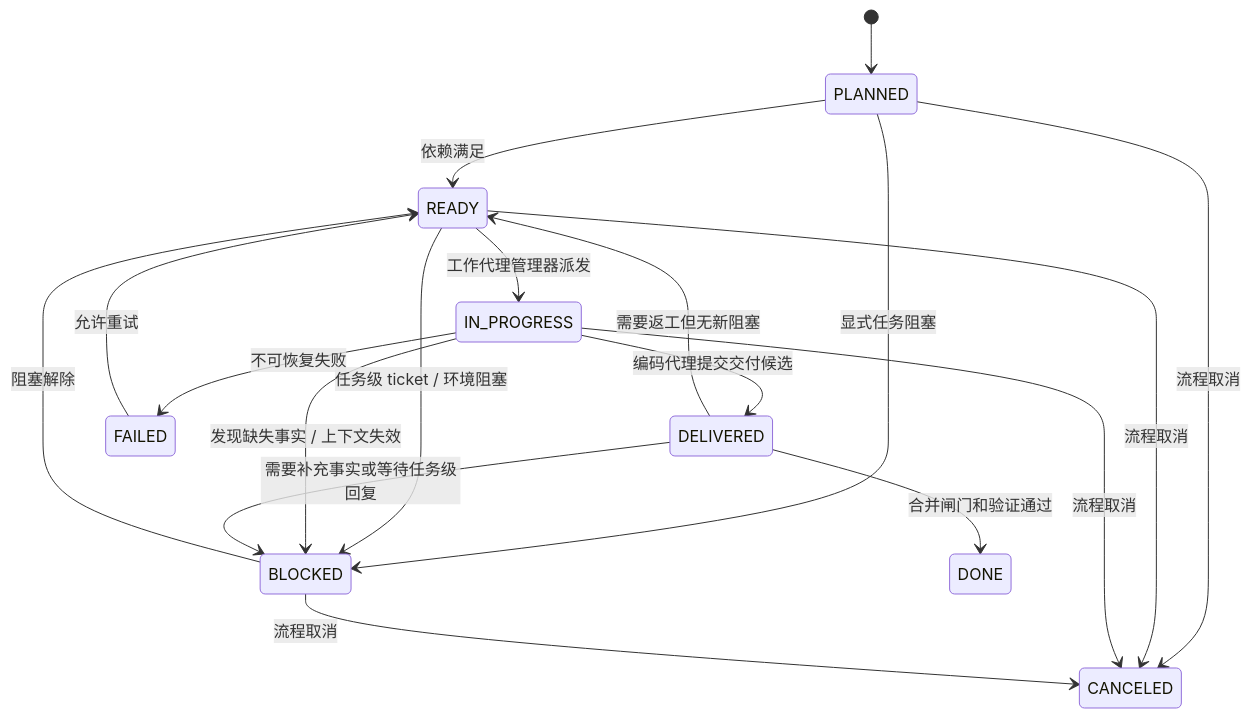
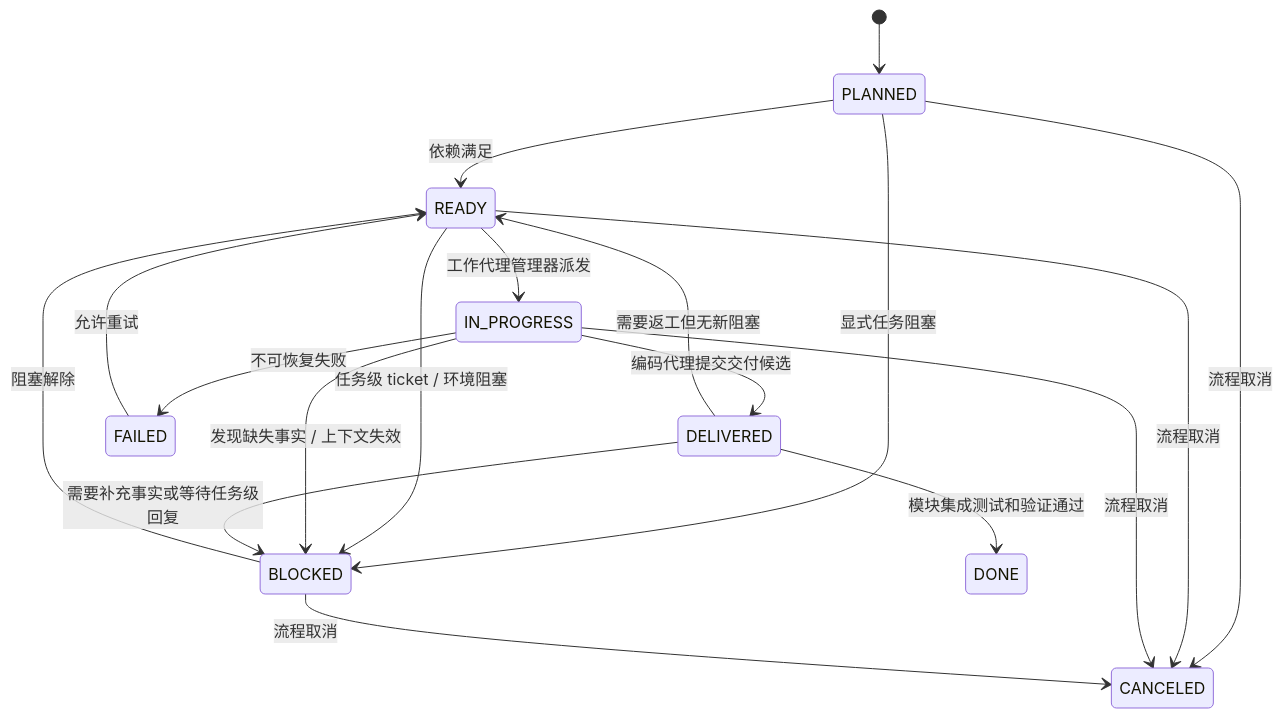
One commit to xilufeisaigao/AgentX changed the second of 2 diagrams in docs/architecture/04-state-machine-layers.md. Above: the diagram before and after it, drawn with Mermaid. The commit also changed other lines of this file and 44 other files, not shown here.

````diff
--- a/docs/architecture/04-state-machine-layers.md
+++ b/docs/architecture/04-state-machine-layers.md
@@ -103,26 +104,26 @@
 ```mermaid
 stateDiagram-v2
   [*] --> PLANNED
 
   PLANNED --> READY: 依赖满足
   PLANNED --> BLOCKED: 显式任务阻塞
   PLANNED --> CANCELED: 流程取消
 
   READY --> IN_PROGRESS: 工作代理管理器派发
   READY --> BLOCKED: 任务级 ticket / 环境阻塞
   READY --> CANCELED: 流程取消
 
   IN_PROGRESS --> DELIVERED: 编码代理提交交付候选
   IN_PROGRESS --> BLOCKED: 发现缺失事实 / 上下文失效
   IN_PROGRESS --> FAILED: 不可恢复失败
   IN_PROGRESS --> CANCELED: 流程取消
 
   BLOCKED --> READY: 阻塞解除
   BLOCKED --> CANCELED: 流程取消
 
-  DELIVERED --> DONE: 合并闸门和验证通过
+  DELIVERED --> DONE: 模块集成测试和验证通过
   DELIVERED --> READY: 需要返工但无新阻塞
   DELIVERED --> BLOCKED: 需要补充事实或等待任务级回复
 
   FAILED --> READY: 允许重试
 ```
````
